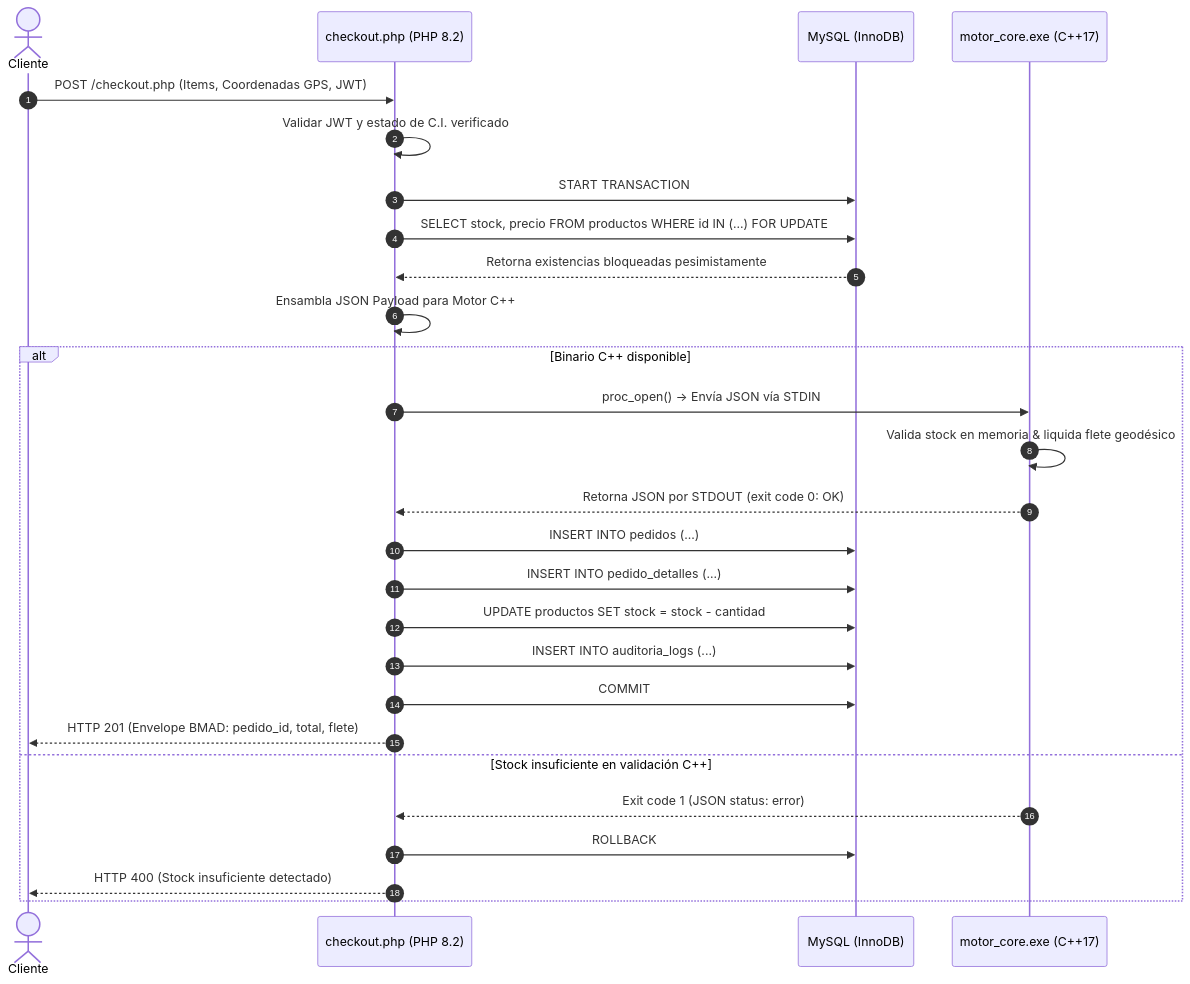
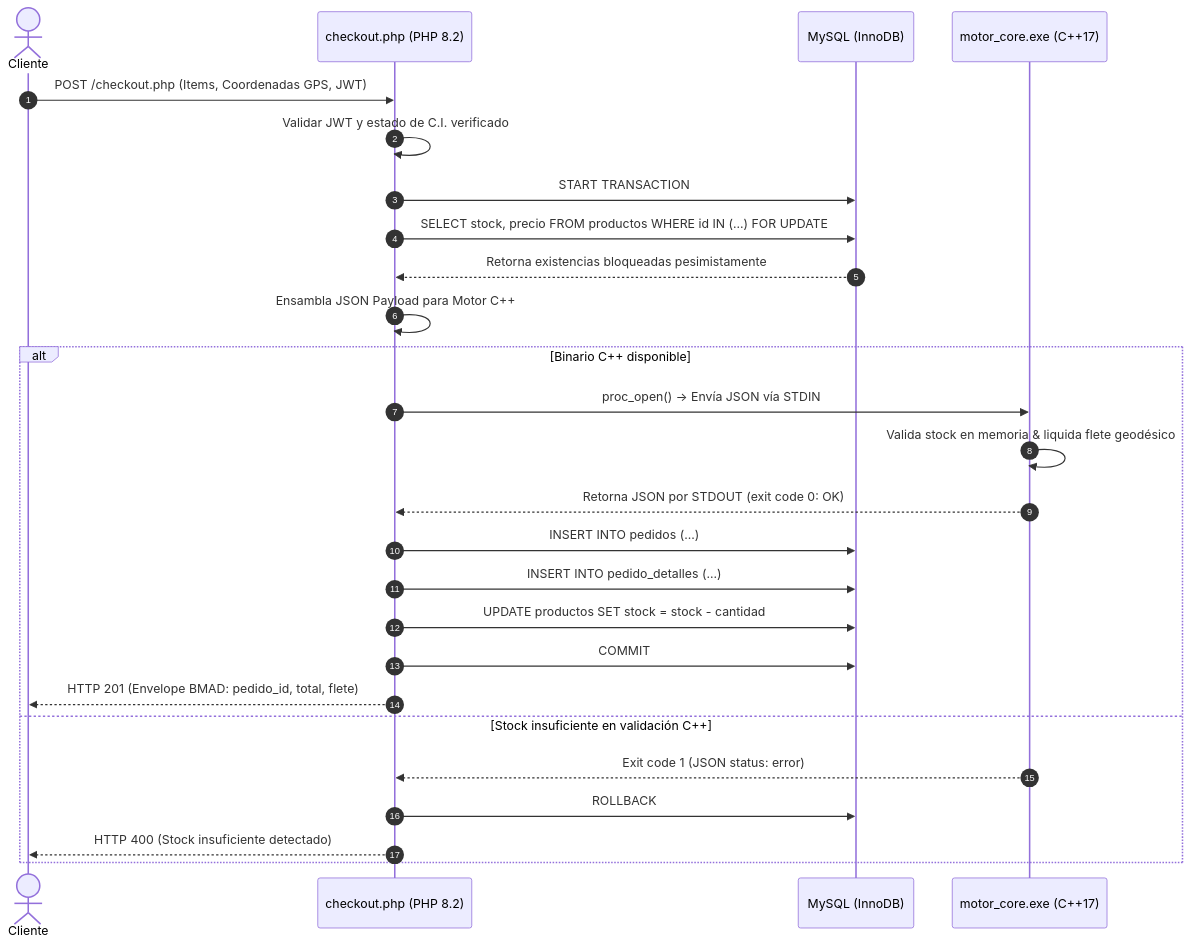
The second of 3 diagrams in README.md (TuGfaNat/Bebidas-E-Commerce), drawn with Mermaid before and after one commit. The commit also changed other lines of this file and 8 other files, not shown here.

````diff
--- a/README.md
+++ b/README.md
@@ -257,31 +257,30 @@
 ```mermaid
 sequenceDiagram
     autonumber
     actor Cliente
     participant PHP as checkout.php (PHP 8.2)
     participant MySQL as MySQL (InnoDB)
     participant CPP as motor_core.exe (C++17)
 
     Cliente->>PHP: POST /checkout.php (Items, Coordenadas GPS, JWT)
     PHP->>PHP: Validar JWT y estado de C.I. verificado
     PHP->>MySQL: START TRANSACTION
     PHP->>MySQL: SELECT stock, precio FROM productos WHERE id IN (...) FOR UPDATE
     MySQL-->>PHP: Retorna existencias bloqueadas pesimistamente
     PHP->>PHP: Ensambla JSON Payload para Motor C++
     
     alt Binario C++ disponible
         PHP->>CPP: proc_open() -> Envía JSON vía STDIN
         CPP->>CPP: Valida stock en memoria & liquida flete geodésico
         CPP-->>PHP: Retorna JSON por STDOUT (exit code 0: OK)
         PHP->>MySQL: INSERT INTO pedidos (...)
         PHP->>MySQL: INSERT INTO pedido_detalles (...)
         PHP->>MySQL: UPDATE productos SET stock = stock - cantidad
-        PHP->>MySQL: INSERT INTO auditoria_logs (...)
         PHP->>MySQL: COMMIT
         PHP-->>Cliente: HTTP 201 (Envelope BMAD: pedido_id, total, flete)
     else Stock insuficiente en validación C++
         CPP-->>PHP: Exit code 1 (JSON status: error)
         PHP->>MySQL: ROLLBACK
         PHP-->>Cliente: HTTP 400 (Stock insuficiente detectado)
     end
 ```
````
